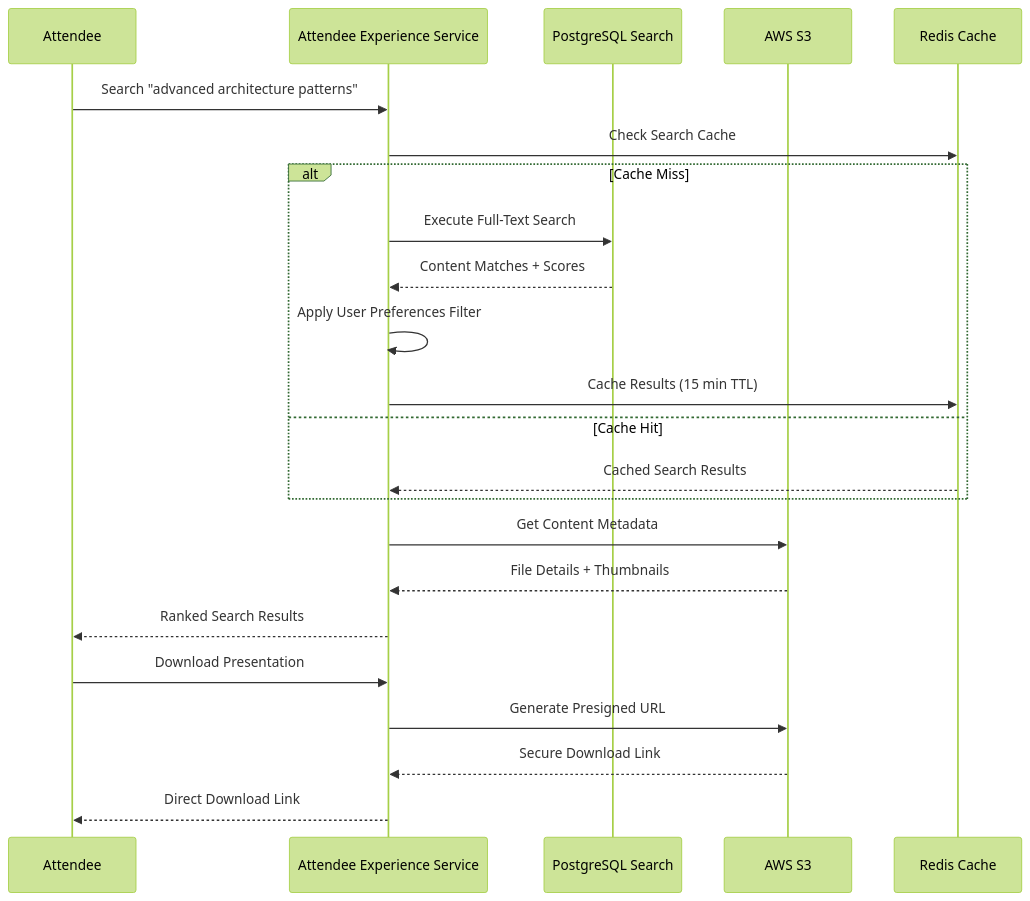
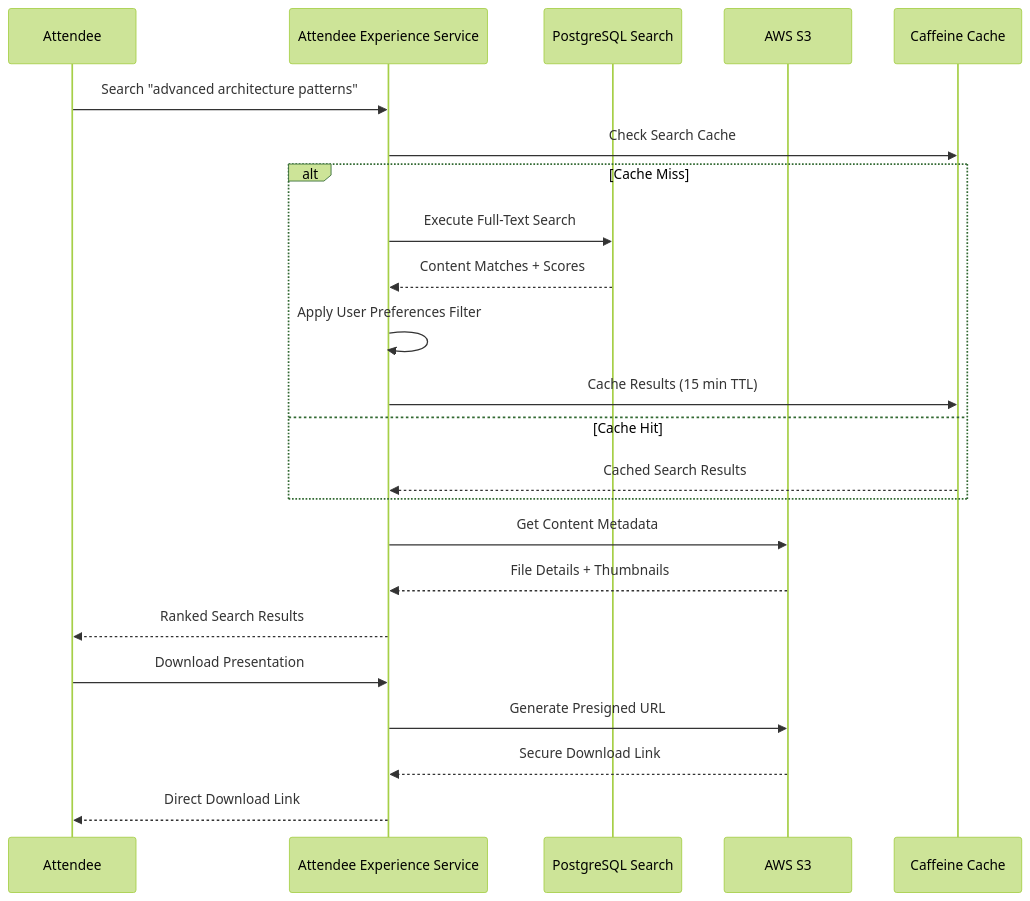
The diagram in docs/architecture/04-api-attendee-experience.md (nissimbuchs/BATbern2), drawn with Mermaid (forest theme) before and after one commit. The commit also changed other lines of this file and 31 other files, not shown here.

First line of the commit message:
docs: replace Redis with Caffeine across all documentation

````diff
--- a/docs/architecture/04-api-attendee-experience.md
+++ b/docs/architecture/04-api-attendee-experience.md
@@ -88,30 +88,30 @@
 ```mermaid
 sequenceDiagram
     participant A as Attendee
     participant AE as Attendee Experience Service
     participant Search as PostgreSQL Search
     participant S3 as AWS S3
-    participant Cache as Redis Cache
+    participant Cache as Caffeine Cache
 
     A->>AE: Search "advanced architecture patterns"
     AE->>Cache: Check Search Cache
 
     alt Cache Miss
         AE->>Search: Execute Full-Text Search
         Search-->>AE: Content Matches + Scores
         AE->>AE: Apply User Preferences Filter
         AE->>Cache: Cache Results (15 min TTL)
     else Cache Hit
         Cache-->>AE: Cached Search Results
     end
 
     AE->>S3: Get Content Metadata
     S3-->>AE: File Details + Thumbnails
 
     AE-->>A: Ranked Search Results
 
     A->>AE: Download Presentation
     AE->>S3: Generate Presigned URL
     S3-->>AE: Secure Download Link
     AE-->>A: Direct Download Link
 ```
````
